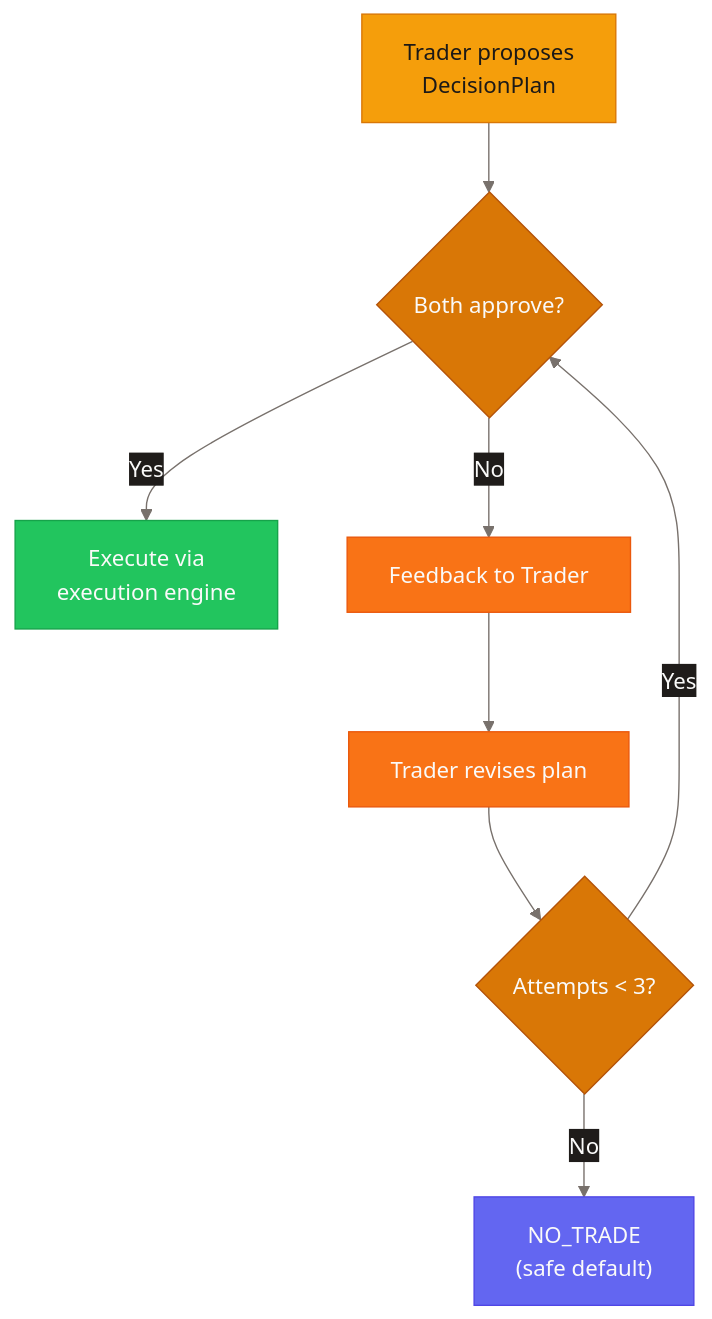
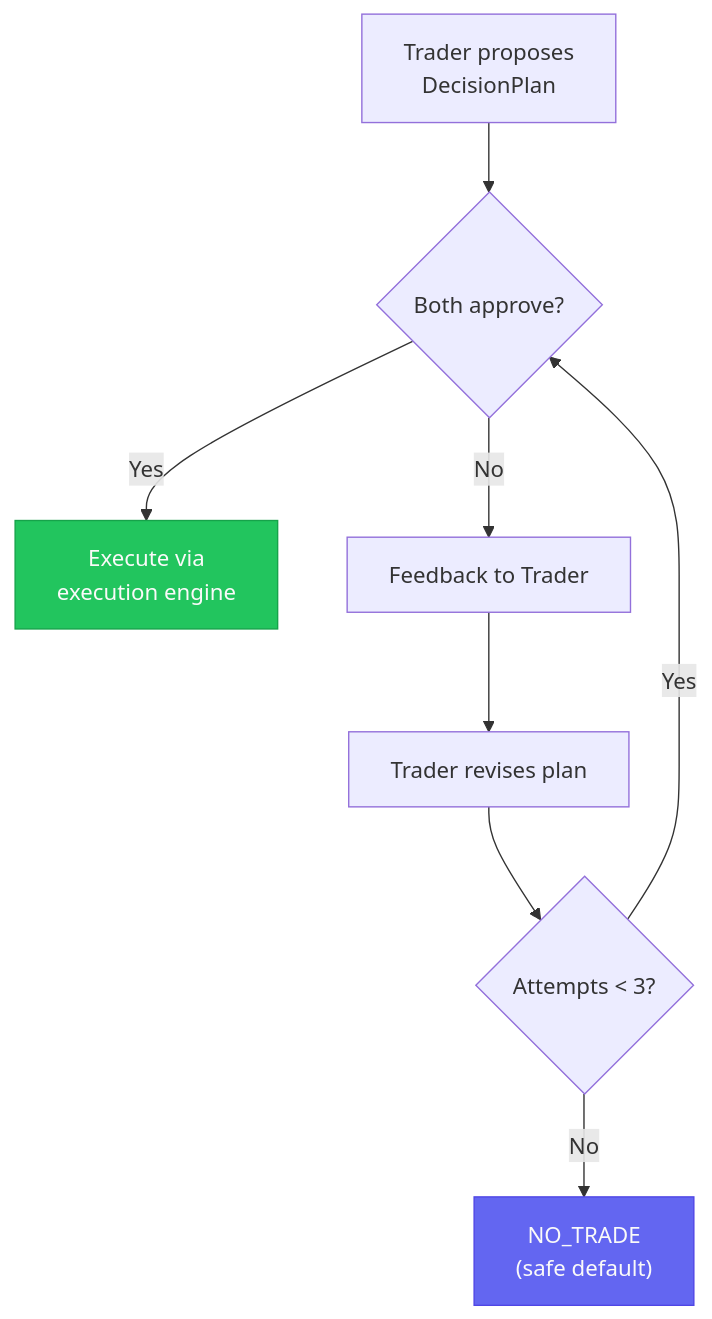
One commit to ccheney/cream changed the fourth of 6 diagrams in PROJECT.md. Above: the diagram before and after it, drawn with Mermaid. The commit also changed other lines of this file and 30 other files, not shown here.

First line of the commit message:
feat(storage): enhance README with architecture, environment isolation, and repository patterns

````diff
--- a/PROJECT.md
+++ b/PROJECT.md
@@ -141,36 +133,13 @@
 ```mermaid
-%%{init: {'theme': 'base', 'themeVariables': {
-  'primaryColor': '#D97706',
-  'primaryTextColor': '#FAFAF9',
-  'primaryBorderColor': '#B45309',
-  'lineColor': '#78716C',
-  'secondaryColor': '#1F1C1A',
-  'tertiaryColor': '#141211',
-  'background': '#0C0A09',
-  'mainBkg': '#141211',
-  'textColor': '#D6D3D1'
-}}}%%
 flowchart TB
-    Trader["`Trader proposes
-    DecisionPlan`"] --> Gate{"Both approve?"}
-    Gate -->|Yes| Execute["`Execute via
-    execution engine`"]
+    Trader["Trader proposes<br/>DecisionPlan"] --> Gate{"Both approve?"}
+    Gate -->|Yes| Execute["Execute via<br/>execution engine"]
     Gate -->|No| Feedback["Feedback to Trader"]
     Feedback --> Revise["Trader revises plan"]
     Revise --> Counter{"Attempts < 3?"}
     Counter -->|Yes| Gate
-    Counter -->|No| NoTrade["`NO_TRADE
-    (safe default)`"]
+    Counter -->|No| NoTrade["NO_TRADE<br/>(safe default)"]
 
-    classDef trader fill:#F59E0B,stroke:#D97706,color:#1C1917
-    classDef gate fill:#D97706,stroke:#B45309,color:#FAFAF9
-    classDef success fill:#22C55E,stroke:#16A34A,color:#FAFAF9
-    classDef safe fill:#6366F1,stroke:#4F46E5,color:#FAFAF9
-    classDef feedback fill:#F97316,stroke:#EA580C,color:#FAFAF9
-
-    class Trader trader
-    class Gate,Counter gate
-    class Execute success
-    class NoTrade safe
-    class Feedback,Revise feedback
+    style Execute fill:#22C55E,stroke:#16A34A,color:#FAFAF9
+    style NoTrade fill:#6366F1,stroke:#4F46E5,color:#FAFAF9
 ```
````
